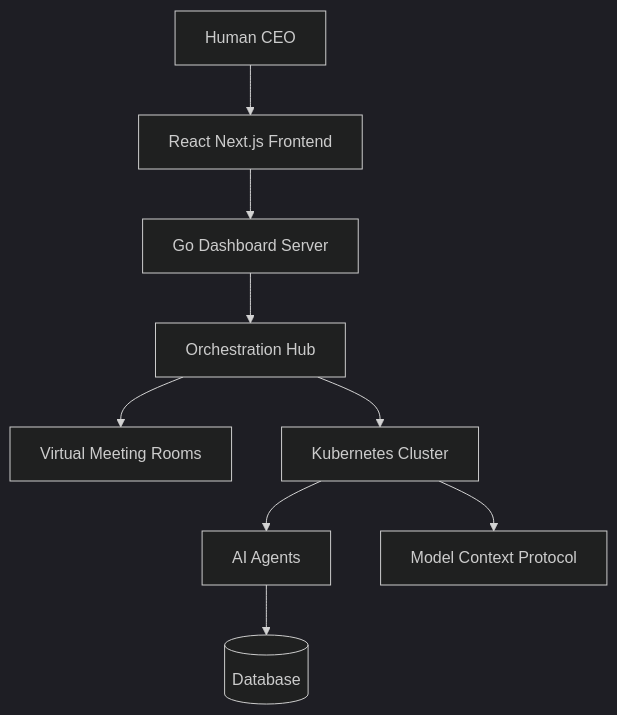
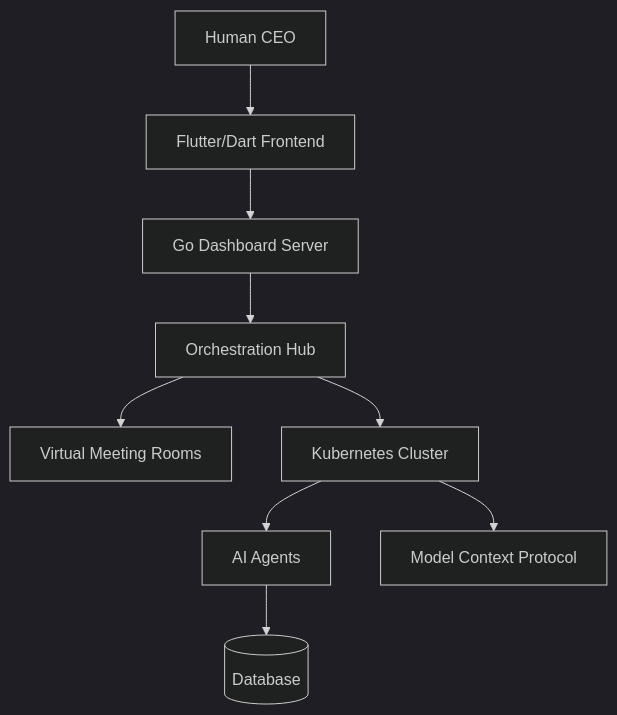
The diagram in docs/README.md (onehumancorp/mono), drawn with Mermaid (dark theme) before and after one commit. The commit also changed other lines of this file and 31 other files, not shown here.

First line of the commit message:
docs: update frontend references from React to Flutter/Dart

````diff
--- a/docs/README.md
+++ b/docs/README.md
@@ -22,11 +22,11 @@
 ```mermaid
 graph TD;
-    User[Human CEO] --> Frontend[React Next.js Frontend];
+    User[Human CEO] --> Frontend[Flutter/Dart Frontend];
     Frontend --> Backend[Go Dashboard Server];
     Backend --> Hub[Orchestration Hub];
     Hub --> Rooms[Virtual Meeting Rooms];
     Hub --> K8s[Kubernetes Cluster];
     K8s --> Agents[AI Agents];
     Agents --> DB[(Database)];
     K8s --> MCP[Model Context Protocol];
 ```
````
